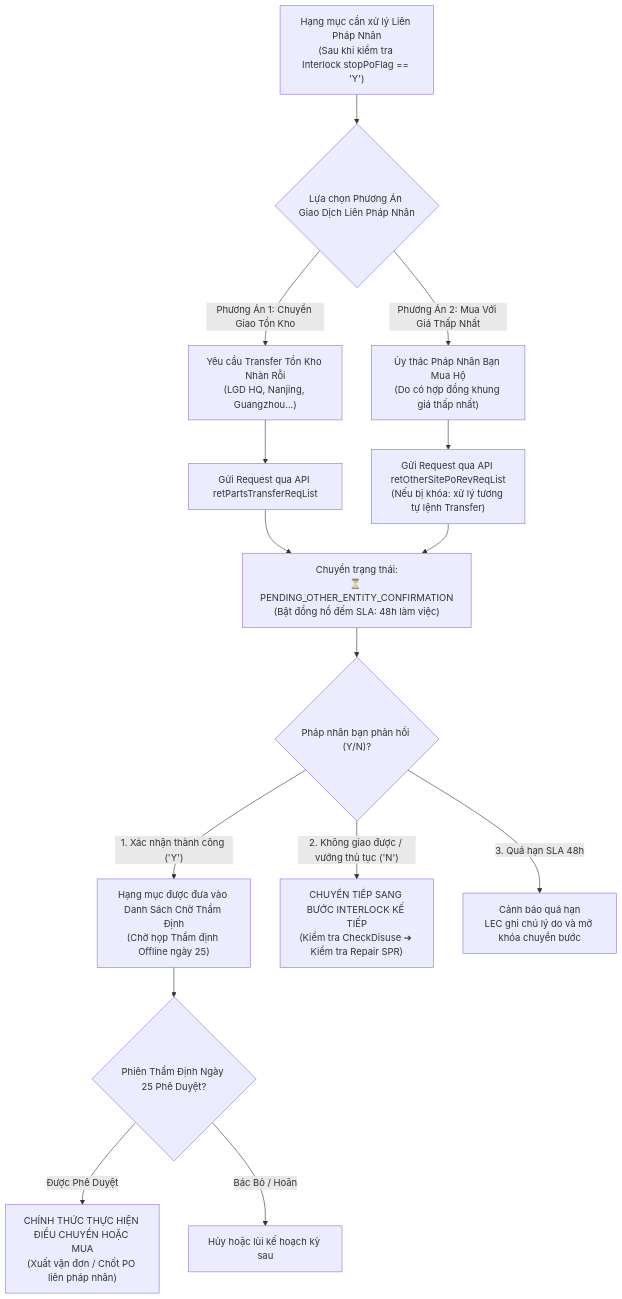
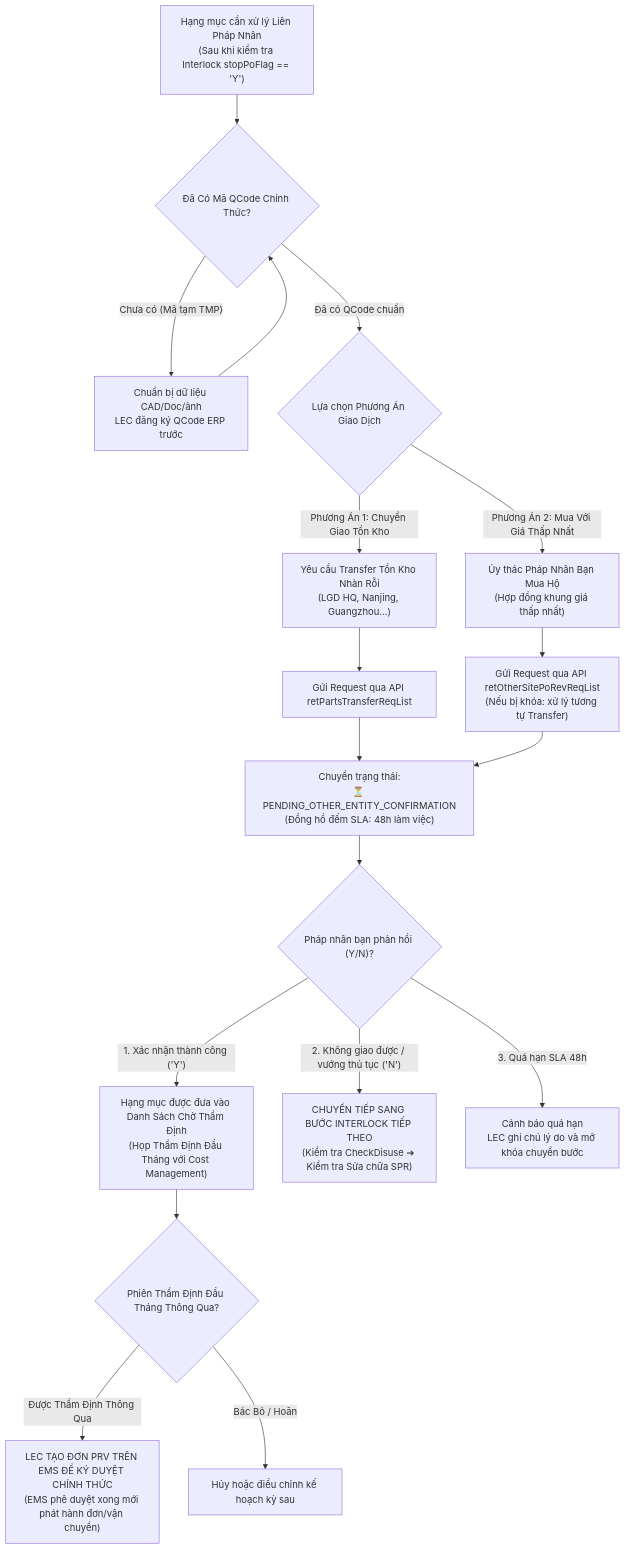
Before and after one commit to longphamduc-vn/ops-workflow: the diagram in procurement-system/06-process-workflows-and-diagrams/02-inter-entity-transfer-workflow.md, drawn with Mermaid. The commit also changed other lines of this file and 37 other files, not shown here.

````diff
--- a/procurement-system/06-process-workflows-and-diagrams/02-inter-entity-transfer-workflow.md
+++ b/procurement-system/06-process-workflows-and-diagrams/02-inter-entity-transfer-workflow.md
@@ -8,26 +8,31 @@
 ```mermaid
 flowchart TD
-    Start["Hạng mục cần xử lý Liên Pháp Nhân\n(Sau khi kiểm tra Interlock stopPoFlag == 'Y')"] --> SelectRoute{"Lựa chọn Phương Án Giao Dịch Liên Pháp Nhân"}
+    Start["Hạng mục cần xử lý Liên Pháp Nhân\n(Sau khi kiểm tra Interlock stopPoFlag == 'Y')"] --> HasQCode{"Đã Có Mã QCode Chính Thức?"}
+    
+    HasQCode -->|"Chưa có (Mã tạm TMP)"| HoldData["Chuẩn bị dữ liệu CAD/Doc/ảnh\nLEC đăng ký QCode ERP trước"]
+    HoldData --> HasQCode
+    
+    HasQCode -->|"Đã có QCode chuẩn"| SelectRoute{"Lựa chọn Phương Án Giao Dịch"}
     
     SelectRoute -->|"Phương Án 1: Chuyển Giao Tồn Kho"| TransferRoute["Yêu cầu Transfer Tồn Kho Nhàn Rỗi\n(LGD HQ, Nanjing, Guangzhou...)"]
-    SelectRoute -->|"Phương Án 2: Mua Với Giá Thấp Nhất"| BuyCheapRoute["Ủy thác Pháp Nhân Bạn Mua Hộ\n(Do có hợp đồng khung giá thấp nhất)"]
+    SelectRoute -->|"Phương Án 2: Mua Với Giá Thấp Nhất"| BuyCheapRoute["Ủy thác Pháp Nhân Bạn Mua Hộ\n(Hợp đồng khung giá thấp nhất)"]
     
     TransferRoute --> SendReq1["Gửi Request qua API retPartsTransferReqList"]
-    BuyCheapRoute --> SendReq2["Gửi Request qua API retOtherSitePoRevReqList\n(Nếu bị khóa: xử lý tương tự lệnh Transfer)"]
+    BuyCheapRoute --> SendReq2["Gửi Request qua API retOtherSitePoRevReqList\n(Nếu bị khóa: xử lý tương tự Transfer)"]
     
-    SendReq1 --> StatusWait["Chuyển trạng thái:\n⏳ PENDING_OTHER_ENTITY_CONFIRMATION\n(Bật đồng hồ đếm SLA: 48h làm việc)"]
+    SendReq1 --> StatusWait["Chuyển trạng thái:\n⏳ PENDING_OTHER_ENTITY_CONFIRMATION\n(Đồng hồ đếm SLA: 48h làm việc)"]
     SendReq2 --> StatusWait
     
     StatusWait --> WaitConfirm{"Pháp nhân bạn phản hồi (Y/N)?"}
     
-    WaitConfirm -->|"1. Xác nhận thành công ('Y')"| PassHold["Hạng mục được đưa vào Danh Sách Chờ Thẩm Định\n(Chờ họp Thẩm định Offline ngày 25)"]
+    WaitConfirm -->|"1. Xác nhận thành công ('Y')"| PassHold["Hạng mục được đưa vào Danh Sách Chờ Thẩm Định\n(Họp Thẩm Định Đầu Tháng với Cost Management)"]
     
-    WaitConfirm -->|"2. Không giao được / vướng thủ tục ('N')"| StepNext["CHUYỂN TIẾP SANG BƯỚC INTERLOCK KẾ TIẾP\n(Kiểm tra CheckDisuse ➔ Kiểm tra Repair SPR)"]
+    WaitConfirm -->|"2. Không giao được / vướng thủ tục ('N')"| StepNext["CHUYỂN TIẾP SANG BƯỚC INTERLOCK TIẾP THEO\n(Kiểm tra CheckDisuse ➔ Kiểm tra Sửa chữa SPR)"]
     
     WaitConfirm -->|"3. Quá hạn SLA 48h"| Timeout["Cảnh báo quá hạn\nLEC ghi chú lý do và mở khóa chuyển bước"]
     
-    PassHold --> AuditDay25{"Phiên Thẩm Định Ngày 25 Phê Duyệt?"}
+    PassHold --> AuditEarlyMonth{"Phiên Thẩm Định Đầu Tháng Thông Qua?"}
     
-    AuditDay25 -->|"Được Phê Duyệt"| ExecAction["CHÍNH THỨC THỰC HIỆN ĐIỀU CHUYỂN HOẶC MUA\n(Xuất vận đơn / Chốt PO liên pháp nhân)"]
-    AuditDay25 -->|"Bác Bỏ / Hoãn"| CancelAction["Hủy hoặc lùi kế hoạch kỳ sau"]
+    AuditEarlyMonth -->|"Được Thẩm Định Thông Qua"| ExecAction["LEC TẠO ĐƠN PRV TRÊN EMS ĐỂ KÝ DUYỆT CHÍNH THỨC\n(EMS phê duyệt xong mới phát hành đơn/vận chuyển)"]
+    AuditEarlyMonth -->|"Bác Bỏ / Hoãn"| CancelAction["Hủy hoặc điều chỉnh kế hoạch kỳ sau"]
 ```
````
